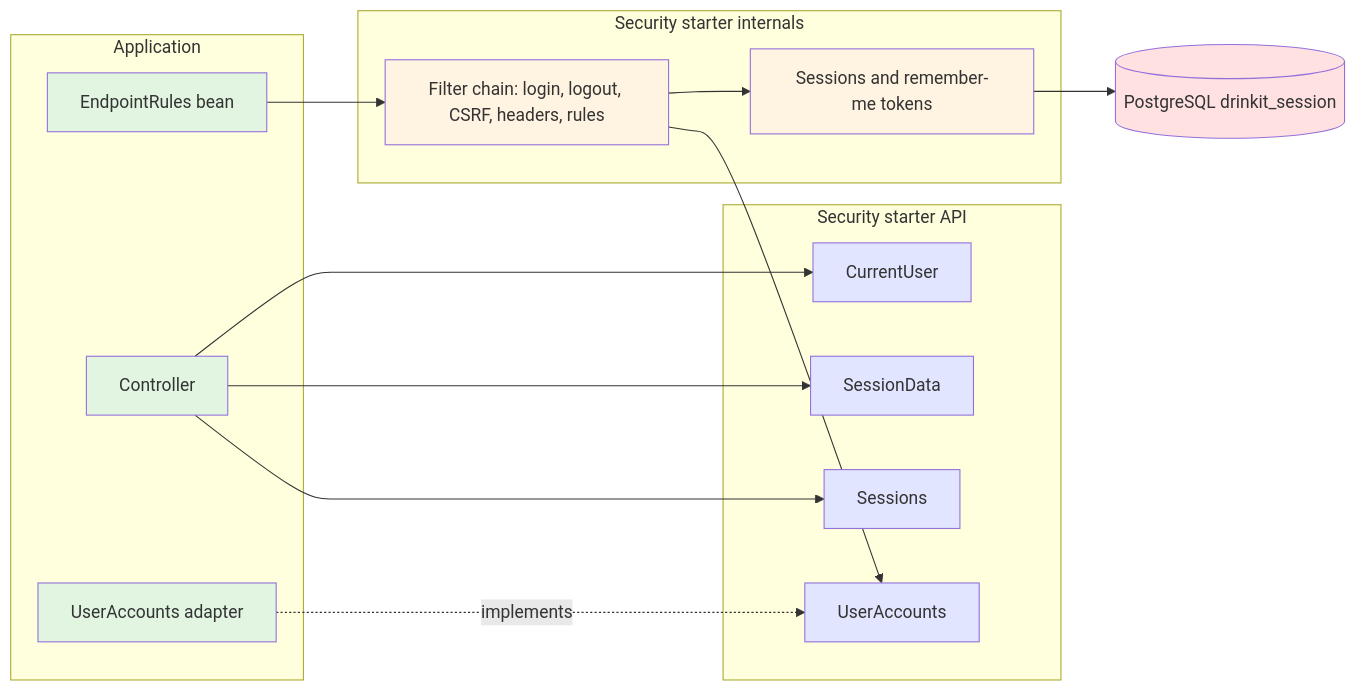
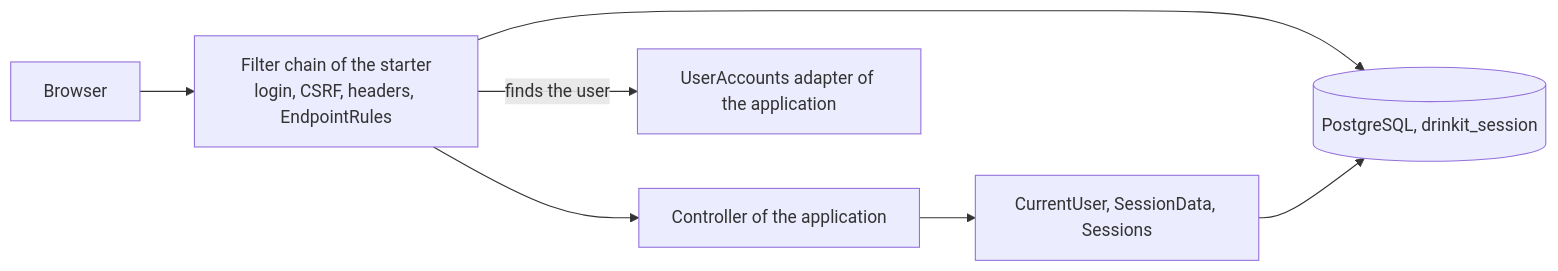
Before and after one commit to mboisnard/drinkit: the first of 2 diagrams in tech-starters/backend/security-starter/README.md, drawn with Mermaid. The commit also changed other lines of this file and 13 other files, not shown here.

First line of the commit message:
[TECH-STARTER] Shorten each starter README to its purpose, its key diagrams and its usage (#383)

````diff
--- a/tech-starters/backend/security-starter/README.md
+++ b/tech-starters/backend/security-starter/README.md
@@ -28,39 +10,9 @@
 ```mermaid
 graph LR
-    subgraph Application
-        Controller[Controller]
-        Rules[EndpointRules bean]
-        Adapter[UserAccounts adapter]
-    end
-    subgraph "Security starter API"
-        CurrentUser[CurrentUser]
-        SessionData[SessionData]
-        Sessions[Sessions]
-        Port[UserAccounts]
-    end
-    subgraph "Security starter internals"
-        Chain[Filter chain: login, logout, CSRF, headers, rules]
-        Store[Sessions and remember-me tokens]
-    end
-    DB[(PostgreSQL drinkit_session)]
-
-    Controller --> CurrentUser
-    Controller --> SessionData
-    Controller --> Sessions
-    Rules --> Chain
-    Adapter -. implements .-> Port
-    Chain --> Port
-    Chain --> Store
-    Store --> DB
-
-    style Controller fill:#e1f5e1
-    style Rules fill:#e1f5e1
-    style Adapter fill:#e1f5e1
-    style CurrentUser fill:#e1e5ff
-    style SessionData fill:#e1e5ff
-    style Sessions fill:#e1e5ff
-    style Port fill:#e1e5ff
-    style Chain fill:#fff3e1
-    style Store fill:#fff3e1
-    style DB fill:#ffe1e1
+    Browser --> Chain["Filter chain of the starter<br/>login, CSRF, headers, EndpointRules"]
+    Chain --> Controller[Controller of the application]
+    Controller --> Api["CurrentUser, SessionData, Sessions"]
+    Chain -->|finds the user| Port[UserAccounts adapter of the application]
+    Chain --> DB[(PostgreSQL, drinkit_session)]
+    Api --> DB
 ```
````
